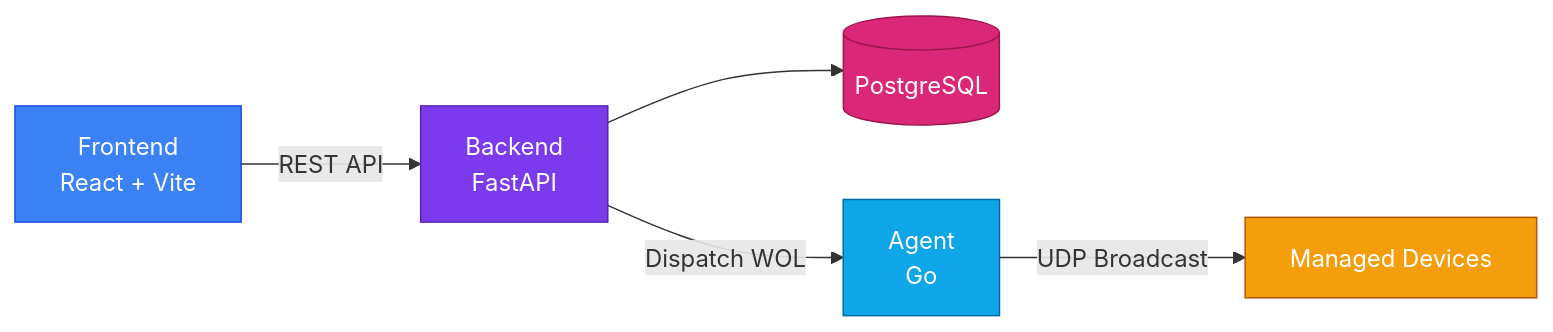
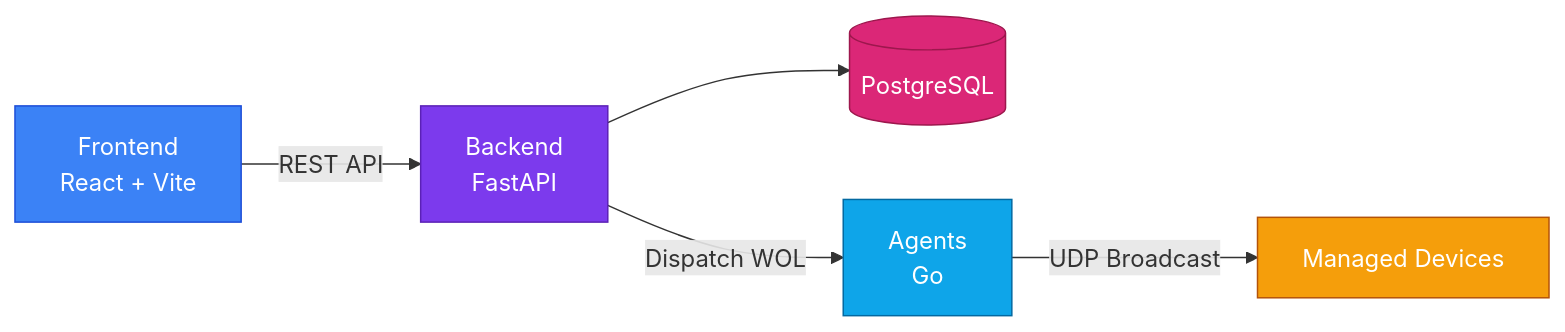
The diagram in docs/docs/index.md (kotsiossp97/powerbeacon), drawn with Mermaid before and after one commit. The commit also changed other lines of this file and 49 other files, not shown here.

````diff
--- a/docs/docs/index.md
+++ b/docs/docs/index.md
@@ -24,12 +28,12 @@
 ```mermaid
 graph LR
    A[Frontend\nReact + Vite] -->|REST API| B[Backend\nFastAPI]
    B --> C[(PostgreSQL)]
-   B -->|Dispatch WOL| D[Agent\nGo]
+   B -->|Dispatch WOL| D[Agents\nGo]
    D -->|UDP Broadcast| E[Managed Devices]
    style A fill:#3b82f6,stroke:#1d4ed8,color:#fff
    style B fill:#7c3aed,stroke:#5b21b6,color:#fff
    style C fill:#db2777,stroke:#9d174d,color:#fff
    style D fill:#0ea5e9,stroke:#0369a1,color:#fff
    style E fill:#f59e0b,stroke:#b45309,color:#fff
 ```
````
